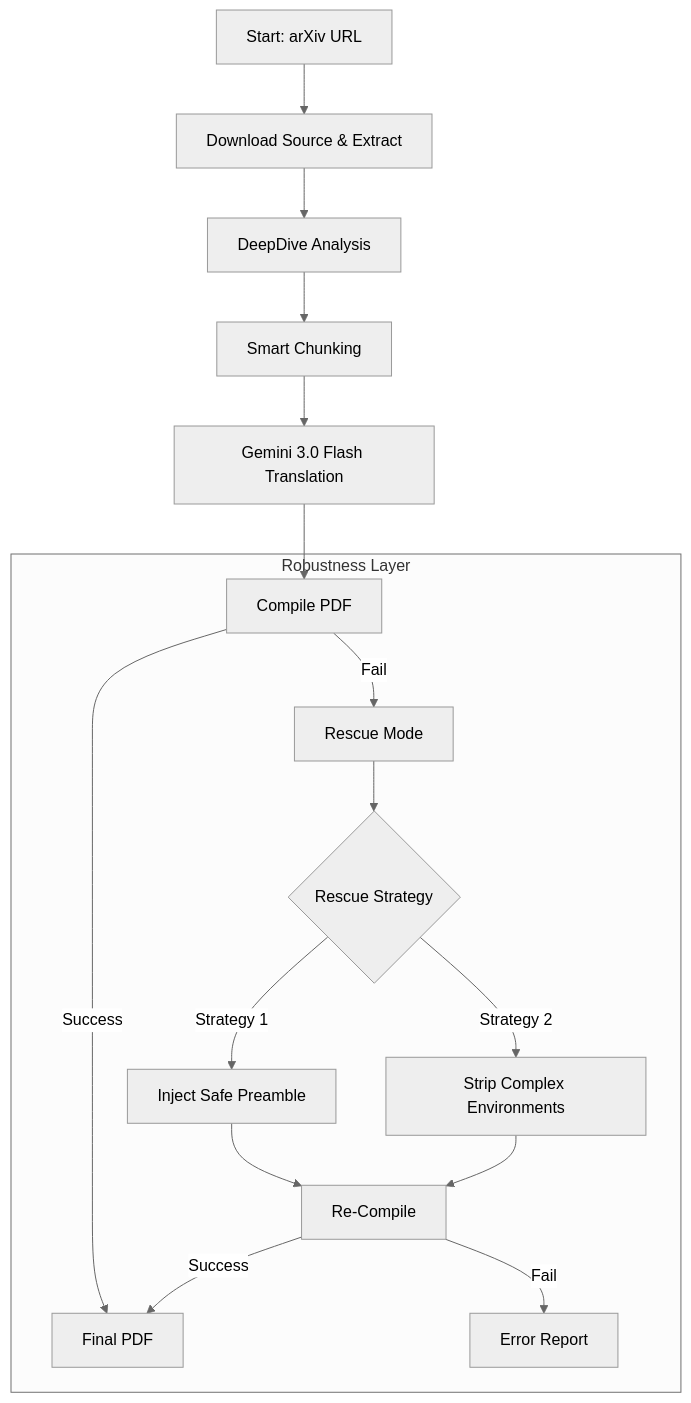
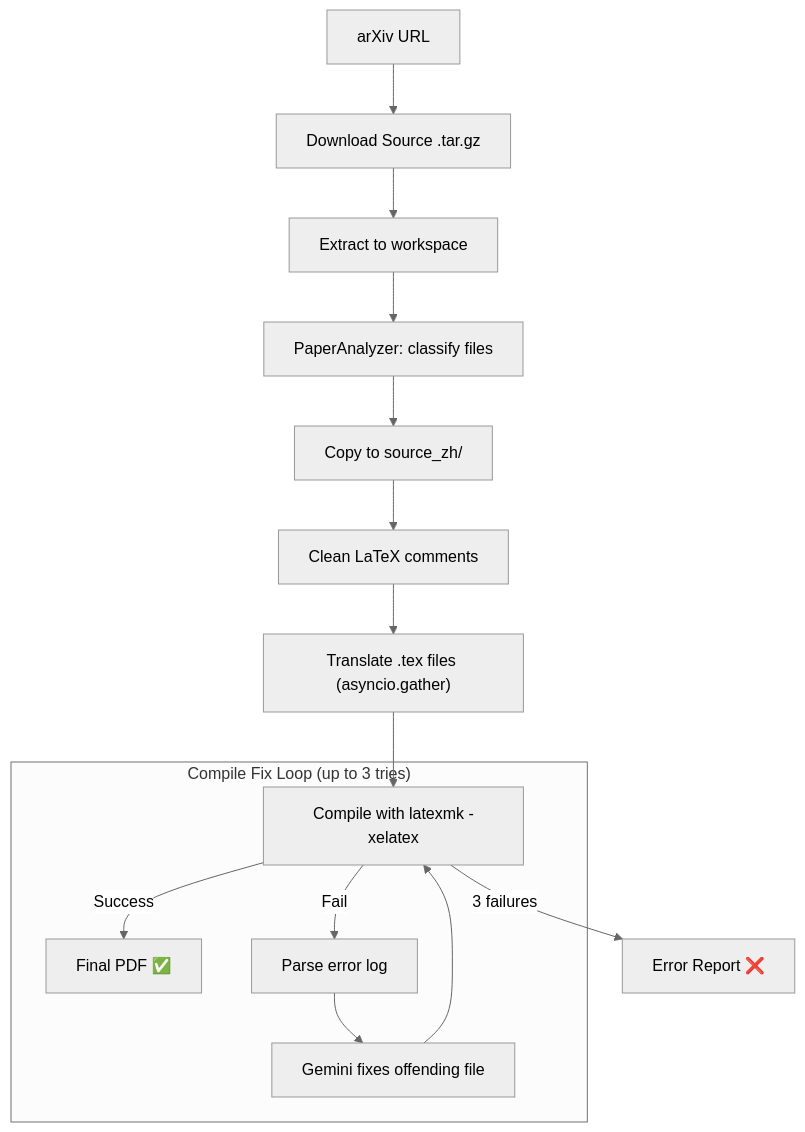
One commit to ZeyuChen/ReadPaper changed the diagram in ARCHITECTURE.md. Above: the diagram before and after it, drawn with Mermaid (neutral theme). The commit also changed other lines of this file and 11 other files, not shown here.

````diff
--- a/ARCHITECTURE.md
+++ b/ARCHITECTURE.md
@@ -15,20 +14,19 @@
 ```mermaid
 graph TD
-    A[Start: arXiv URL] --> B[Download Source & Extract]
-    B --> C[DeepDive Analysis]
-    C --> D[Smart Chunking]
-    D --> E[Gemini 3.0 Flash Translation]
-    E --> F[Compile PDF]
+    A[arXiv URL] --> B[Download Source .tar.gz]
+    B --> C[Extract to workspace]
+    C --> D[PaperAnalyzer: classify files]
+    D --> E[Copy to source_zh/]
+    E --> F["Clean LaTeX comments"]
+    F --> G["Translate .tex files (asyncio.gather)"]
+    G --> H["Compile with latexmk -xelatex"]
     
-    subgraph "Robustness Layer"
-    F -- Success --> G[Final PDF]
-    F -- Fail --> H[Rescue Mode]
-    H --> I{Rescue Strategy}
-    I -- Strategy 1 --> J[Inject Safe Preamble]
-    I -- Strategy 2 --> K[Strip Complex Environments]
-    J --> L[Re-Compile]
-    K --> L
-    L -- Success --> G
-    L -- Fail --> M[Error Report]
+    subgraph "Compile Fix Loop (up to 3 tries)"
+    H -- Success --> I[Final PDF ✅]
+    H -- Fail --> J[Parse error log]
+    J --> K[Gemini fixes offending file]
+    K --> H
     end
+    
+    H -- 3 failures --> L[Error Report ❌]
 ```
````
